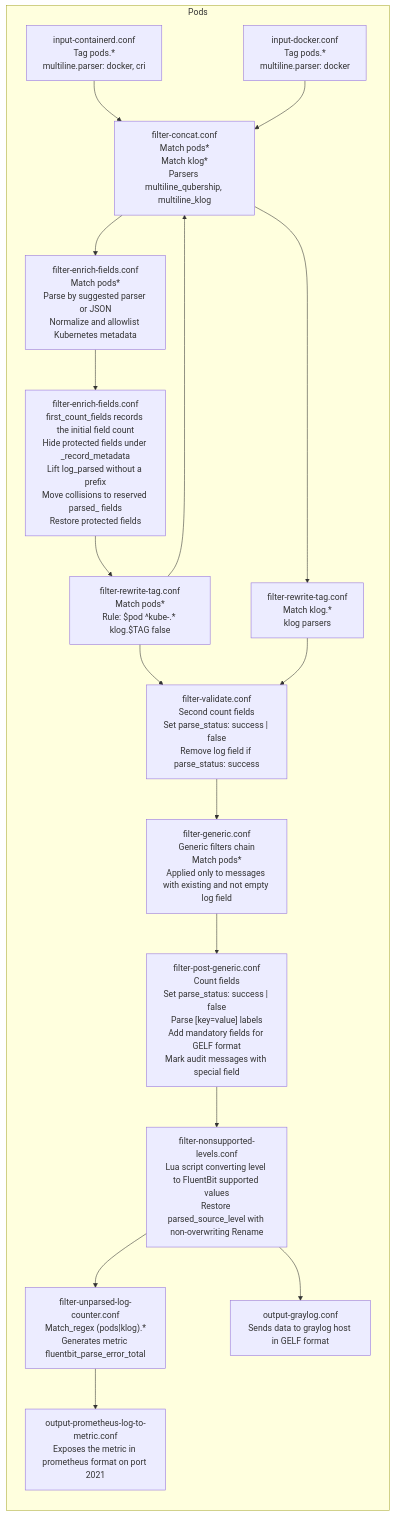
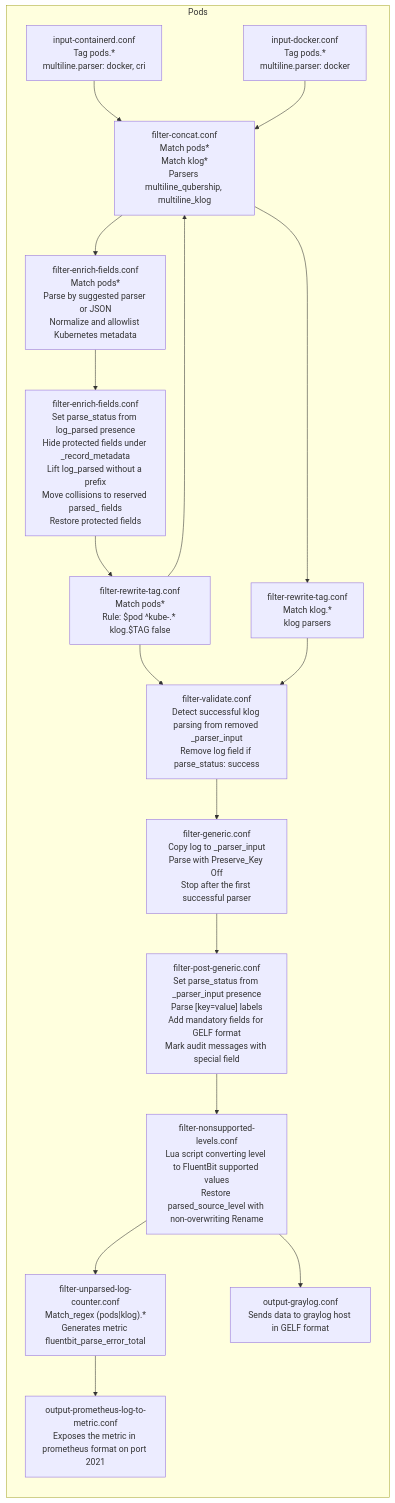
One commit to Netcracker/qubership-logging-operator changed the diagram in docs/fluentbit-log-pipeline.md. Above: the diagram before and after it, drawn with Mermaid. The commit also changed other lines of this file and 13 other files, not shown here.

First line of the commit message:
refactor(fluentbit): detect parsing without field counts

````diff
--- a/docs/fluentbit-log-pipeline.md
+++ b/docs/fluentbit-log-pipeline.md
@@ -54,22 +55,22 @@
 ```mermaid
 flowchart LR
     subgraph Pods
         IC["input-containerd.conf<br/>Tag pods.*<br/>multiline.parser: docker, cri" ] --> FC
         ID["input-docker.conf<br/>Tag pods.*<br/>multiline.parser: docker"] --> FC
         FC["filter-concat.conf<br/>Match pods*<br/>Match klog*<br/>Parsers multiline_qubership, multiline_klog"] --> FK
         FC["filter-concat.conf<br/>Match pods*<br/>Match klog*<br/>Parsers multiline_qubership, multiline_klog"] --> FRTP
         FK["filter-enrich-fields.conf<br/>Match pods*<br/>Parse by suggested parser or JSON<br/>Normalize and allowlist Kubernetes metadata"] --> FPC
-        FPC["filter-enrich-fields.conf<br/>first_count_fields records the initial field count<br/>Hide protected fields under _record_metadata<br/>Lift log_parsed without a prefix<br/>Move collisions to reserved parsed_ fields<br/>Restore protected fields"] --> FRT
+        FPC["filter-enrich-fields.conf<br/>Set parse_status from log_parsed presence<br/>Hide protected fields under _record_metadata<br/>Lift log_parsed without a prefix<br/>Move collisions to reserved parsed_ fields<br/>Restore protected fields"] --> FRT
         FRT["filter-rewrite-tag.conf<br/>Match pods*<br/>Rule: $pod ^kube-.* klog.$TAG false"] --> FC
         FRT["filter-rewrite-tag.conf<br/>Match pods*<br/>Rule: $pod ^kube-.* klog.$TAG false"] --> FVALID
         FRTP["filter-rewrite-tag.conf<br/>Match klog.*<br/>klog parsers"] --> FVALID
-        FVALID["filter-validate.conf<br/>Second count fields<br/>Set parse_status: success | false<br/>Remove log field if parse_status: success"] --> FGEN
-        FGEN["filter-generic.conf<br/>Generic filters chain<br/>Match pods*<br/>Applied only to messages with existing and not empty log field"] --> FPGEN
-        FPGEN["filter-post-generic.conf<br/>Count fields<br/>Set parse_status: success | false<br/>Parse [key=value] labels<br/>Add mandatory fields for GELF format<br/>Mark audit messages with special field"] --> FNL
+        FVALID["filter-validate.conf<br/>Detect successful klog parsing from removed _parser_input<br/>Remove log field if parse_status: success"] --> FGEN
+        FGEN["filter-generic.conf<br/>Copy log to _parser_input<br/>Parse with Preserve_Key Off<br/>Stop after the first successful parser"] --> FPGEN
+        FPGEN["filter-post-generic.conf<br/>Set parse_status from _parser_input presence<br/>Parse [key=value] labels<br/>Add mandatory fields for GELF format<br/>Mark audit messages with special field"] --> FNL
         FNL["filter-nonsupported-levels.conf<br/>Lua script converting level to FluentBit supported values<br/>Restore parsed_source_level with non-overwriting Rename"] --> FULC
         FNL["filter-nonsupported-levels.conf<br/>Lua script converting level to FluentBit supported values<br/>Restore parsed_source_level with non-overwriting Rename"] --> OGRAY
         OGRAY["output-graylog.conf<br/>Sends data to graylog host in GELF format"]
         FULC["filter-unparsed-log-counter.conf<br/>Match_regex (pods|klog).*<br/>Generates metric fluentbit_parse_error_total"] --> OPLTM
         OPLTM["output-prometheus-log-to-metric.conf</br>Exposes the metric in prometheus format on port 2021"]
     end
 ```
````
